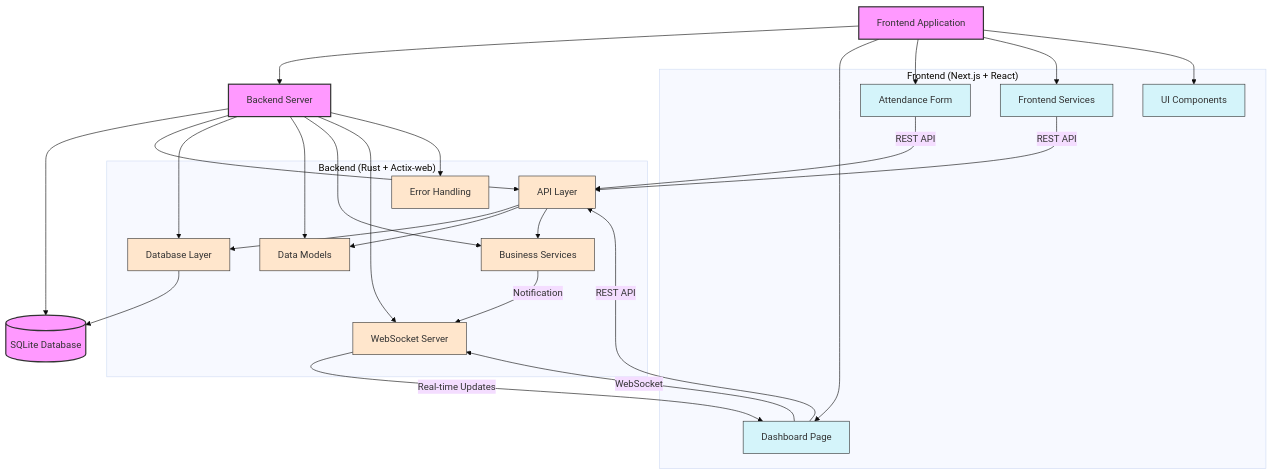
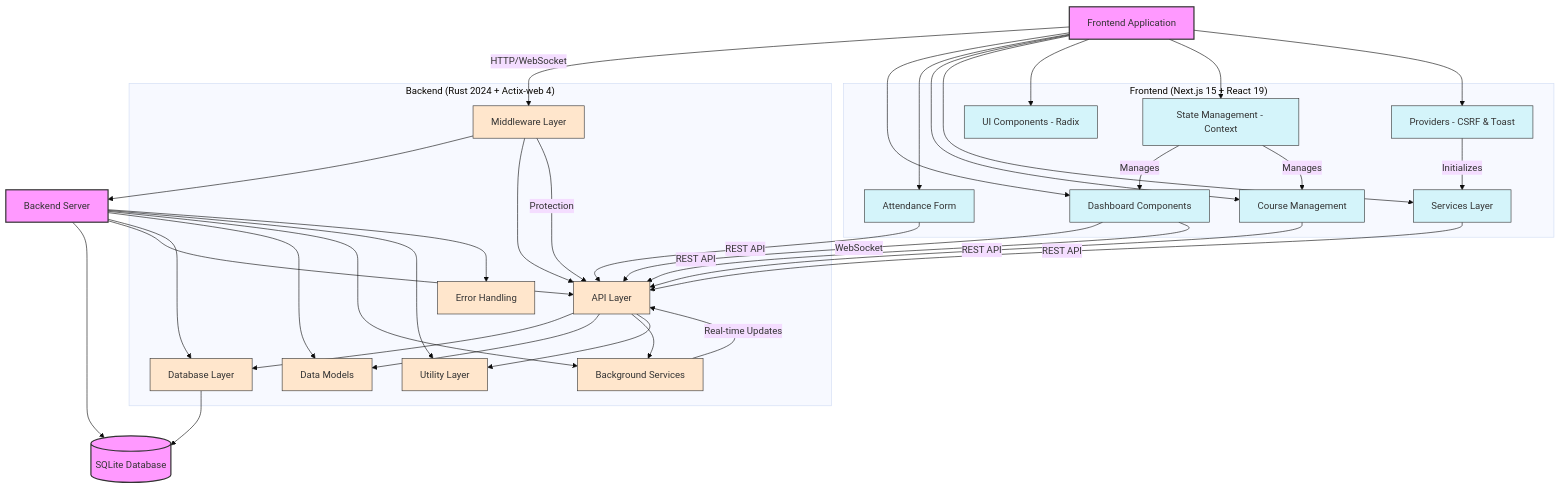
Before and after one commit to panchi64/attendance-tracker: the diagram in docs/ARCHITECTURE.md, drawn with Mermaid (base theme). The commit also changed other lines of this file and 2 other files, not shown here.

```diff
--- a/docs/ARCHITECTURE.md
+++ b/docs/ARCHITECTURE.md
@@ -20,70 +21,89 @@
         Database[(SQLite Database)]
 
         %% Frontend Components
-        Dashboard[Dashboard Page]
+        Dashboard[Dashboard Components]
         AttendanceForm[Attendance Form]
-        FrontendServices[Frontend Services]
-        UIComponents[UI Components]
+        CourseManagement[Course Management]
+        FrontendServices[Services Layer]
+        UIComponents[UI Components - Radix]
+        StateManagement[State Management - Context]
+        Providers[Providers - CSRF & Toast]
 
         %% Backend Components
         APILayer[API Layer]
+        Middleware[Middleware Layer]
         DBLayer[Database Layer]
         Models[Data Models]
-        Services[Business Services]
-        WSServer[WebSocket Server]
+        Services[Background Services]
+        Utils[Utility Layer]
         ErrorHandling[Error Handling]
 
         %% Connections
-        Frontend --> Backend
+        Frontend -- "HTTP/WebSocket" --> Middleware
+        Middleware --> Backend
         Backend --> Database
 
         %% Frontend Breakdown
         Frontend --> Dashboard
         Frontend --> AttendanceForm
+        Frontend --> CourseManagement
         Frontend --> FrontendServices
         Frontend --> UIComponents
+        Frontend --> StateManagement
+        Frontend --> Providers
 
         %% Backend Breakdown
+        Middleware --> APILayer
         Backend --> APILayer
         Backend --> DBLayer
         Backend --> Models
         Backend --> Services
-        Backend --> WSServer
+        Backend --> Utils
         Backend --> ErrorHandling
 
         %% Detailed Connections
-        Dashboard -- "WebSocket" --> WSServer
+        Dashboard -- "WebSocket" --> APILayer
         Dashboard -- "REST API" --> APILayer
         AttendanceForm -- "REST API" --> APILayer
+        CourseManagement -- "REST API" --> APILayer
         FrontendServices -- "REST API" --> APILayer
+        StateManagement -- "Manages" --> Dashboard
+        StateManagement -- "Manages" --> CourseManagement
+        Providers -- "Initializes" --> FrontendServices
+
         APILayer --> DBLayer
         APILayer --> Models
         APILayer --> Services
+        APILayer --> Utils
         DBLayer --> Database
-        WSServer -- "Real-time Updates" --> Dashboard
-        Services -- "Notification" --> WSServer
+        Services -- "Real-time Updates" --> APILayer
+        Middleware -- "Protection" --> APILayer
 
         %% Component Details
-        subgraph "Frontend (Next.js + React)"
+        subgraph "Frontend (Next.js 15 + React 19)"
             Dashboard
             AttendanceForm
+            CourseManagement
             FrontendServices
             UIComponents
+            StateManagement
+            Providers
         end
 
-        subgraph "Backend (Rust + Actix-web)"
+        subgraph "Backend (Rust 2024 + Actix-web 4)"
+            Middleware
             APILayer
             DBLayer
             Models
             Services
-            WSServer
+            Utils
             ErrorHandling
         end
 
         %% Labels
         class Frontend,Backend,Database highlightNode
-        class Dashboard,AttendanceForm,FrontendServices,UIComponents frontendNode
-        class APILayer,DBLayer,Models,Services,WSServer,ErrorHandling backendNode
+        class Dashboard,AttendanceForm,CourseManagement,FrontendServices,UIComponents,StateManagement,Providers frontendNode
+        class Middleware,APILayer,DBLayer,Models,Services,Utils,ErrorHandling backendNode
 
         classDef highlightNode fill:#f9f,stroke:#333,stroke-width:2px
         classDef frontendNode fill:#d4f4fa,stroke:#333,stroke-width:1px
```
